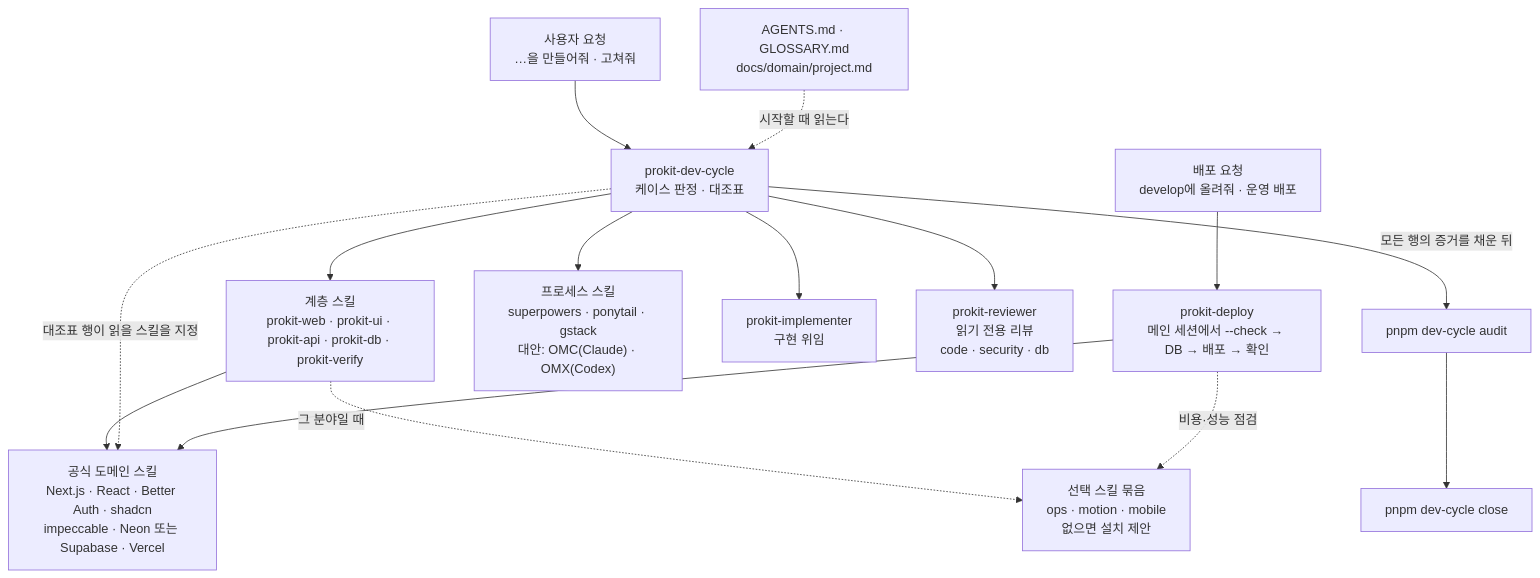
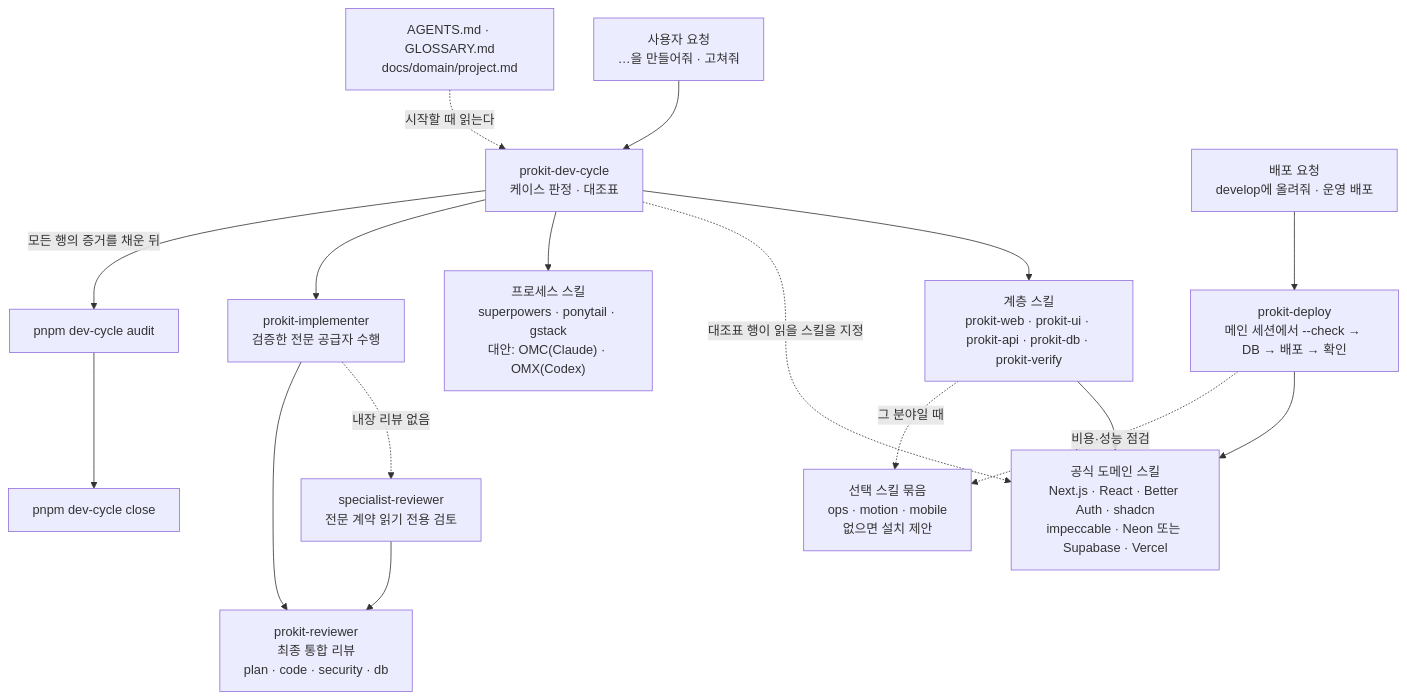
Before and after one commit to roadkwon-ai/pro-kit: the diagram in handbook/concepts/harness.md, drawn with Mermaid. The commit also changed other lines of this file and 150 other files, not shown here.

````diff
--- a/handbook/concepts/harness.md
+++ b/handbook/concepts/harness.md
@@ -23,17 +23,19 @@
 ```mermaid
 flowchart TD
   REQ["사용자 요청<br/>…을 만들어줘 · 고쳐줘"] --> DC["prokit-dev-cycle<br/>케이스 판정 · 대조표"]
   RULES["AGENTS.md · GLOSSARY.md<br/>docs/domain/project.md"] -.->|시작할 때 읽는다| DC
   DC --> LAYER["계층 스킬<br/>prokit-web · prokit-ui · prokit-api · prokit-db · prokit-verify"]
   LAYER --> OFF["공식 도메인 스킬<br/>Next.js · React · Better Auth · shadcn<br/>impeccable · Neon 또는 Supabase · Vercel"]
   DC -.->|대조표 행이 읽을 스킬을 지정| OFF
   DREQ["배포 요청<br/>develop에 올려줘 · 운영 배포"] --> DEP["prokit-deploy<br/>메인 세션에서 --check → DB → 배포 → 확인"]
   DEP --> OFF
   LAYER -.->|그 분야일 때| OPT["선택 스킬 묶음<br/>ops · motion · mobile<br/>없으면 설치 제안"]
   DEP -.->|비용·성능 점검| OPT
   DC --> PROC["프로세스 스킬<br/>superpowers · ponytail · gstack<br/>대안: OMC(Claude) · OMX(Codex)"]
-  DC --> IMP["prokit-implementer<br/>구현 위임"]
-  DC --> REV["prokit-reviewer<br/>읽기 전용 리뷰<br/>code · security · db"]
+  DC --> IMP["prokit-implementer<br/>검증한 전문 공급자 수행"]
+  IMP -.->|내장 리뷰 없음| SREV["specialist-reviewer<br/>전문 계약 읽기 전용 검토"]
+  IMP --> REV["prokit-reviewer<br/>최종 통합 리뷰<br/>plan · code · security · db"]
+  SREV --> REV
   DC -->|모든 행의 증거를 채운 뒤| AUD["pnpm dev-cycle audit"]
   AUD --> CLOSE["pnpm dev-cycle close"]
 ```
````
